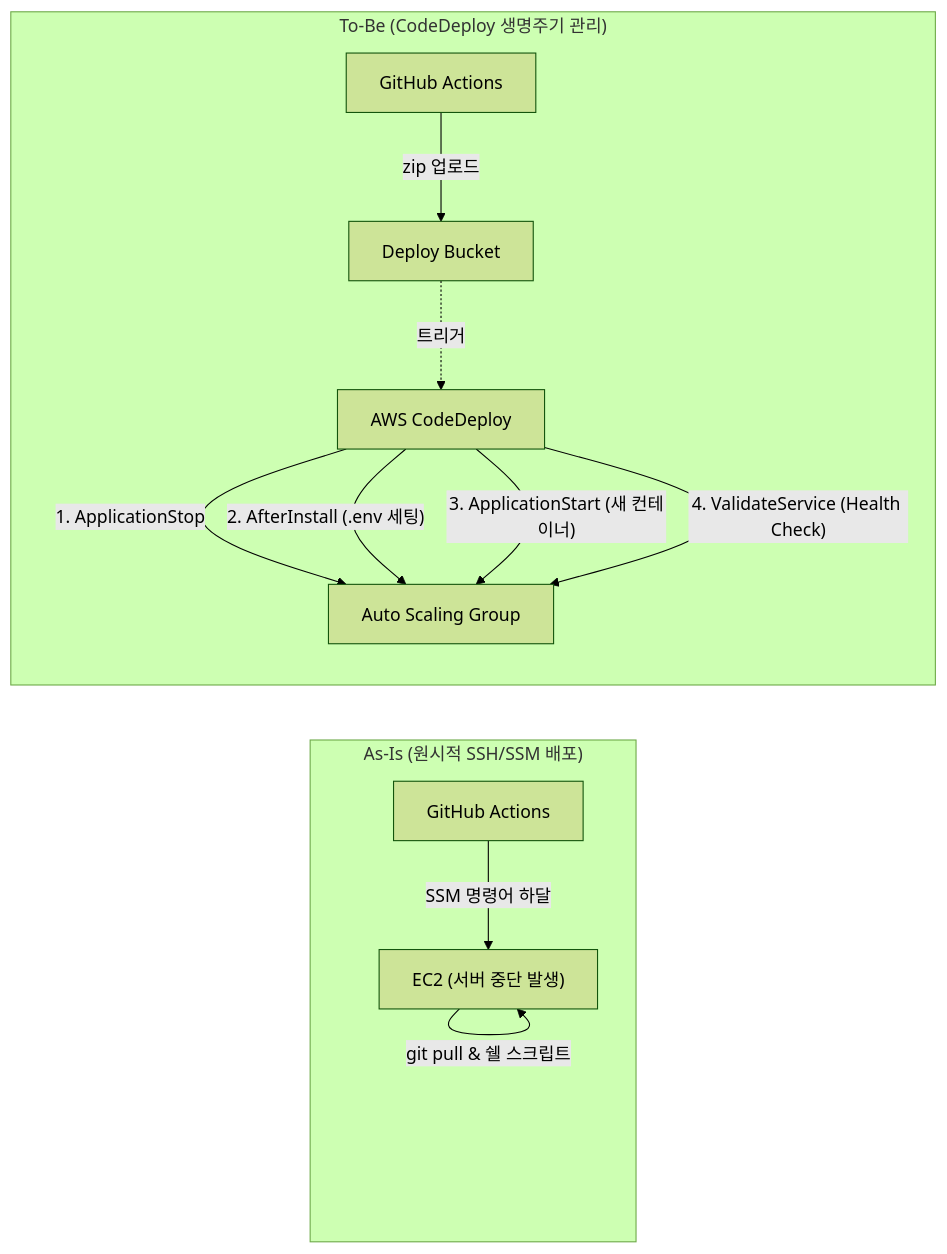
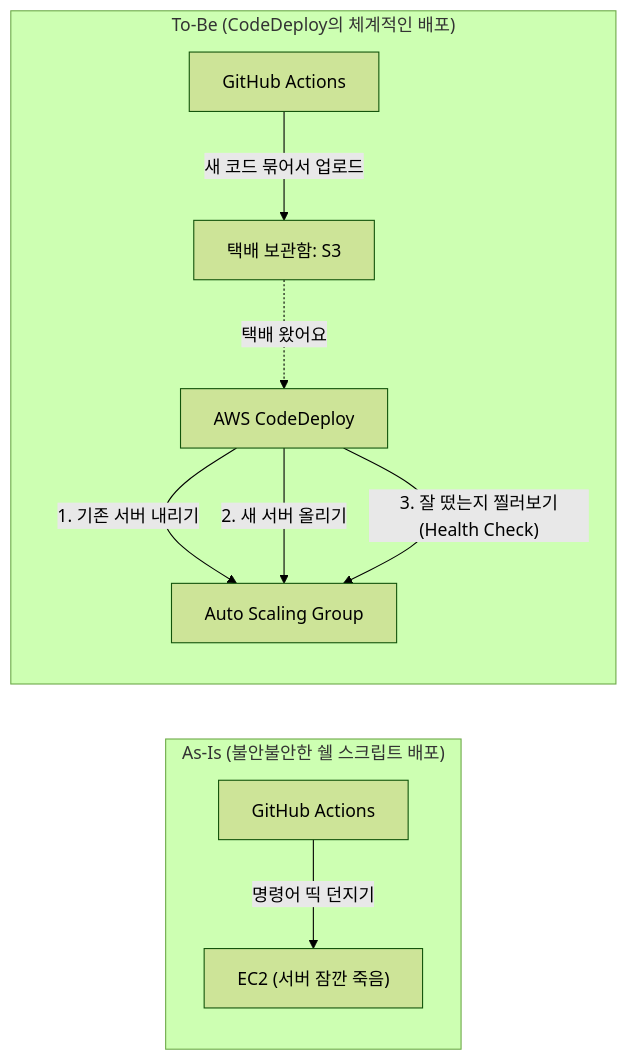
One commit to duwnstj/duwnstj.github.io changed the first of 2 diagrams in _posts/2026-07-07-codedeploy-in-place-pipeline.md. Above: the diagram before and after it, drawn with Mermaid (forest theme). The commit also changed other lines of this file, not shown here.

````diff
--- a/_posts/2026-07-07-codedeploy-in-place-pipeline.md
+++ b/_posts/2026-07-07-codedeploy-in-place-pipeline.md
@@ -20,18 +20,16 @@
 ```mermaid
 graph LR
-    subgraph vpc_old["As-Is (원시적 SSH/SSM 배포)"]
+    subgraph asis["As-Is (불안불안한 쉘 스크립트 배포)"]
         direction TB
-        G1["GitHub Actions"] -- "SSM 명령어 하달" --> EC2_Old["EC2 (서버 중단 발생)"]
-        EC2_Old -- "git pull & 쉘 스크립트" --> EC2_Old
+        G1["GitHub Actions"] -- "명령어 띡 던지기" --> EC2_Old["EC2 (서버 잠깐 죽음)"]
     end
 
-    subgraph vpc_new["To-Be (CodeDeploy 생명주기 관리)"]
+    subgraph tobe["To-Be (CodeDeploy의 체계적인 배포)"]
         direction TB
-        G2["GitHub Actions"] -- "zip 업로드" --> S3["Deploy Bucket"]
-        S3 -. "트리거" .-> CD["AWS CodeDeploy"]
-        CD -- "1. ApplicationStop" --> ASG["Auto Scaling Group"]
-        CD -- "2. AfterInstall (.env 세팅)" --> ASG
-        CD -- "3. ApplicationStart (새 컨테이너)" --> ASG
-        CD -- "4. ValidateService (Health Check)" --> ASG
+        G2["GitHub Actions"] -- "새 코드 묶어서 업로드" --> S3["택배 보관함: S3"]
+        S3 -. "택배 왔어요" .-> CD["AWS CodeDeploy"]
+        CD -- "1. 기존 서버 내리기" --> ASG["Auto Scaling Group"]
+        CD -- "2. 새 서버 올리기" --> ASG
+        CD -- "3. 잘 떴는지 찔러보기(Health Check)" --> ASG
     end
 ```
````
